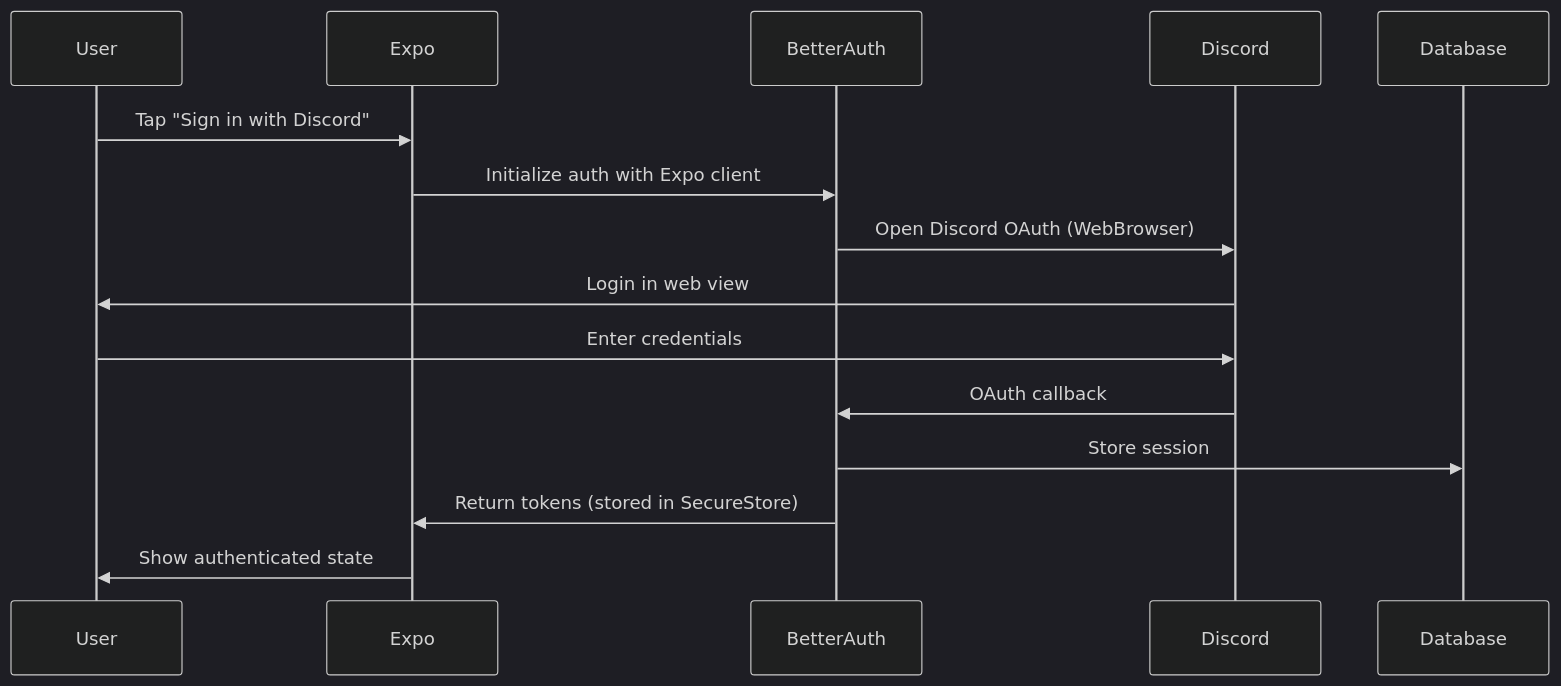
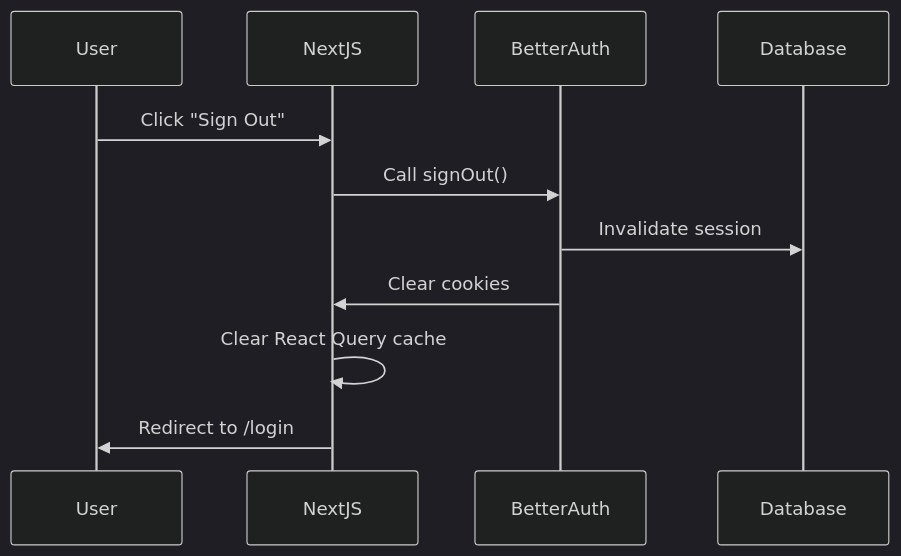
Before and after one commit to tonyfengli/fitness_app: the second of 2 diagrams in FITNESS_APP_ARCHITECTURE.md, drawn with Mermaid (dark theme). The commit also changed other lines of this file and 1 other file, not shown here.

Commit message:
finalize auth

````diff
--- a/FITNESS_APP_ARCHITECTURE.md
+++ b/FITNESS_APP_ARCHITECTURE.md
@@ -105,18 +112,14 @@
 ```mermaid
 sequenceDiagram
     participant User
-    participant Expo
+    participant NextJS
     participant BetterAuth
-    participant Discord
     participant Database
 
-    User->>Expo: Tap "Sign in with Discord"
-    Expo->>BetterAuth: Initialize auth with Expo client
-    BetterAuth->>Discord: Open Discord OAuth (WebBrowser)
-    Discord->>User: Login in web view
-    User->>Discord: Enter credentials
-    Discord->>BetterAuth: OAuth callback
-    BetterAuth->>Database: Store session
-    BetterAuth->>Expo: Return tokens (stored in SecureStore)
-    Expo->>User: Show authenticated state
+    User->>NextJS: Click "Sign Out"
+    NextJS->>BetterAuth: Call signOut()
+    BetterAuth->>Database: Invalidate session
+    BetterAuth->>NextJS: Clear cookies
+    NextJS->>NextJS: Clear React Query cache
+    NextJS->>User: Redirect to /login
 ```
````
